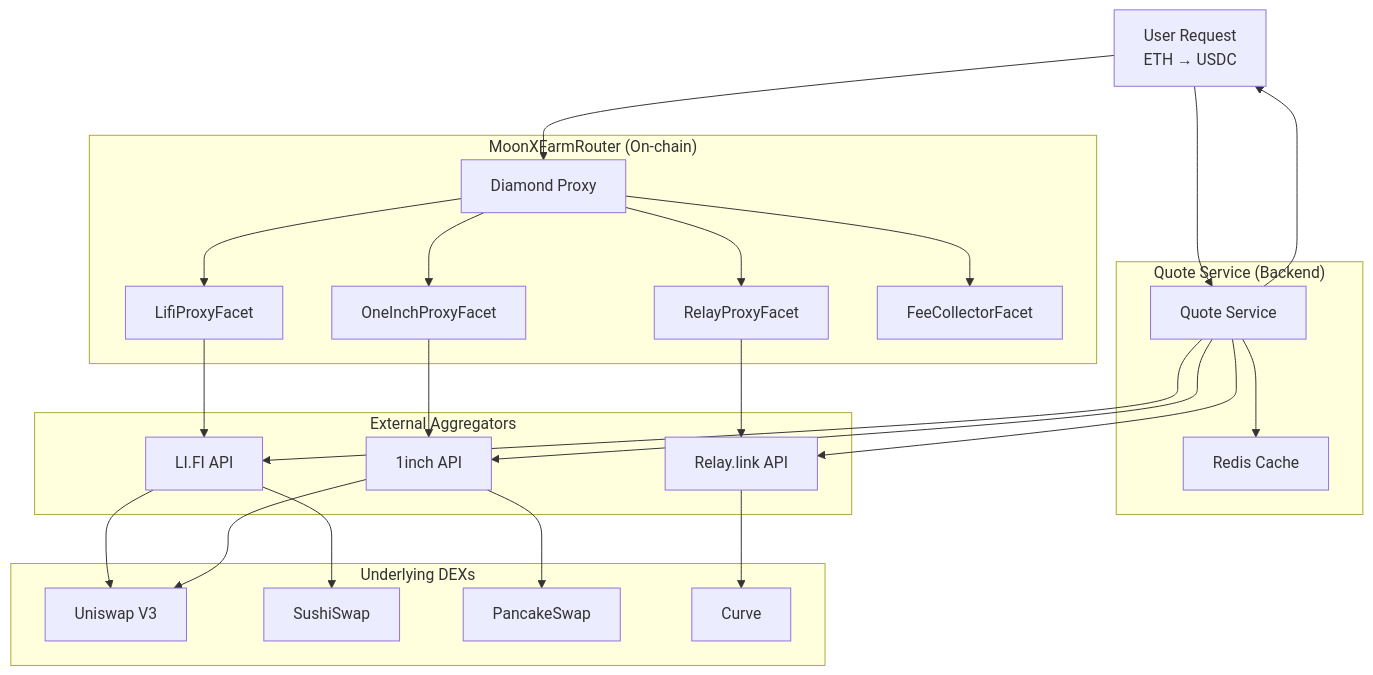
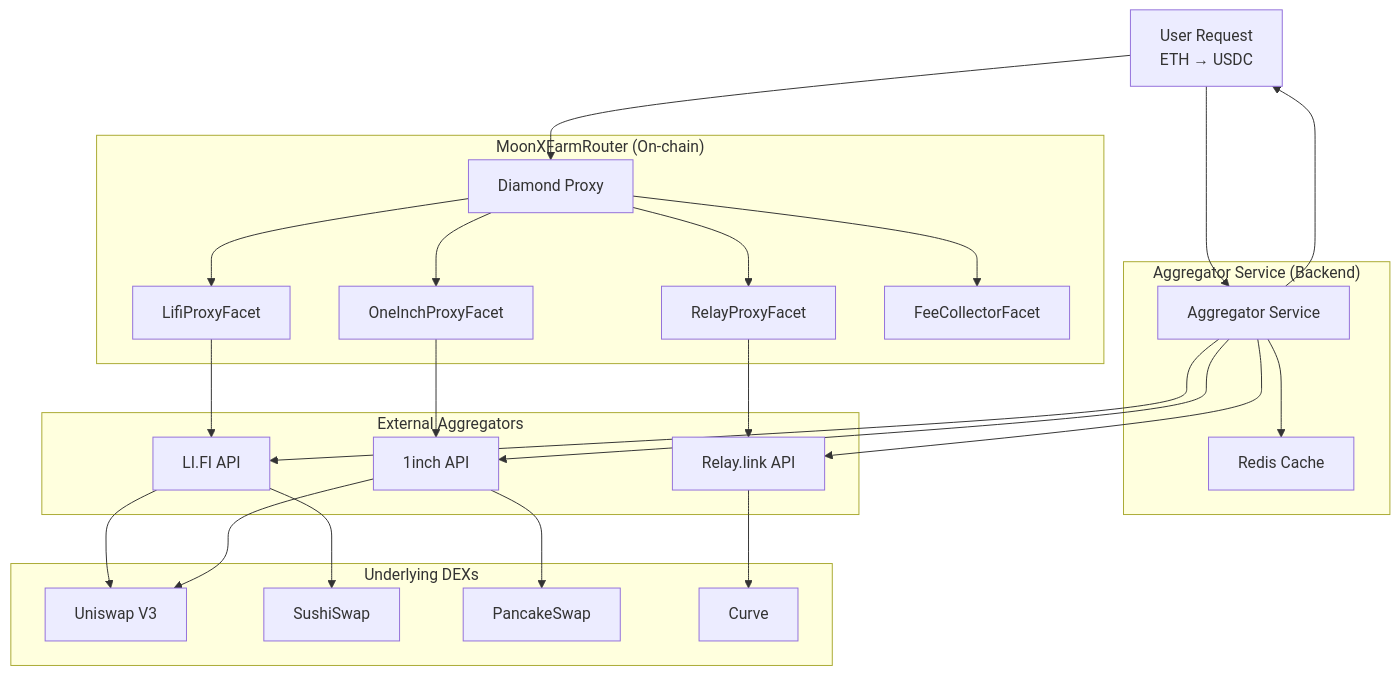
One commit to 0xsyncroot/moonx-farm changed the fourth of 4 diagrams in memory-bank/systemPatterns.md. Above: the diagram before and after it, drawn with Mermaid. The commit also changed other lines of this file and 56 other files, not shown here.

````diff
--- a/memory-bank/systemPatterns.md
+++ b/memory-bank/systemPatterns.md
@@ -255,55 +255,55 @@
 ```mermaid
 graph TB
     USER[User Request<br/>ETH → USDC]
     
-    subgraph "Quote Service (Backend)"
-        QS[Quote Service]
+    subgraph "Aggregator Service (Backend)"
+QS[Aggregator Service]
         CACHE[Redis Cache]
     end
     
     subgraph "MoonXFarmRouter (On-chain)"
         ROUTER[Diamond Proxy]
         LIFI_FACET[LifiProxyFacet]
         ONEINCH_FACET[OneInchProxyFacet]
         RELAY_FACET[RelayProxyFacet]
         FEE_FACET[FeeCollectorFacet]
     end
     
     subgraph "External Aggregators"
         LIFI[LI.FI API]
         ONEINCH[1inch API]
         RELAY[Relay.link API]
     end
     
     subgraph "Underlying DEXs"
         UNI[Uniswap V3]
         SUSHI[SushiSwap]
         PANCAKE[PancakeSwap]
         CURVE[Curve]
     end
     
     USER --> QS
     QS --> CACHE
     QS --> LIFI
     QS --> ONEINCH
     QS --> RELAY
     
     QS --> USER
     USER --> ROUTER
     
     ROUTER --> LIFI_FACET
     ROUTER --> ONEINCH_FACET
     ROUTER --> RELAY_FACET
     
     LIFI_FACET --> LIFI
     ONEINCH_FACET --> ONEINCH
     RELAY_FACET --> RELAY
     
     LIFI --> UNI
     LIFI --> SUSHI
     ONEINCH --> UNI
     ONEINCH --> PANCAKE
     RELAY --> CURVE
     
     ROUTER --> FEE_FACET
 ```
````
